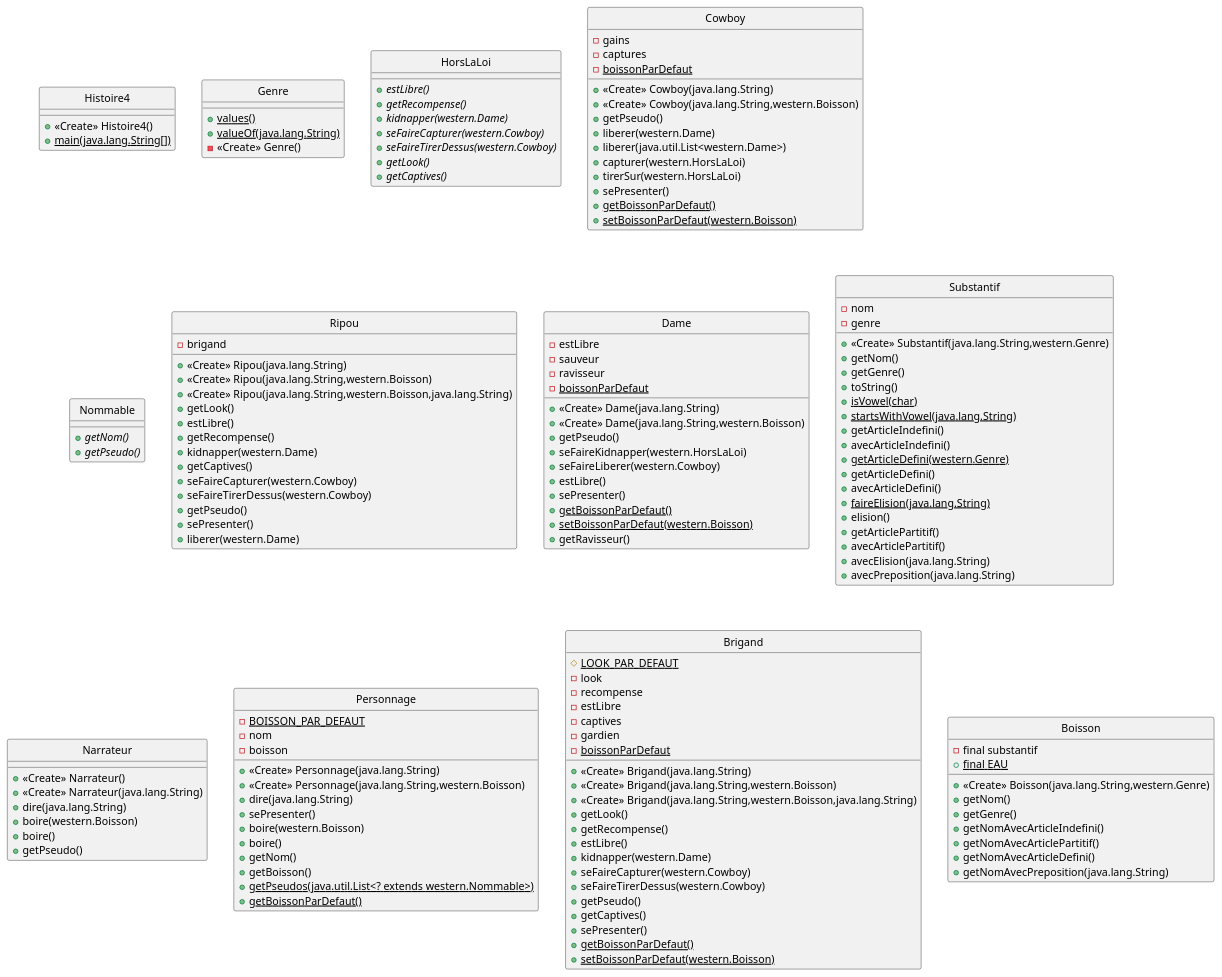
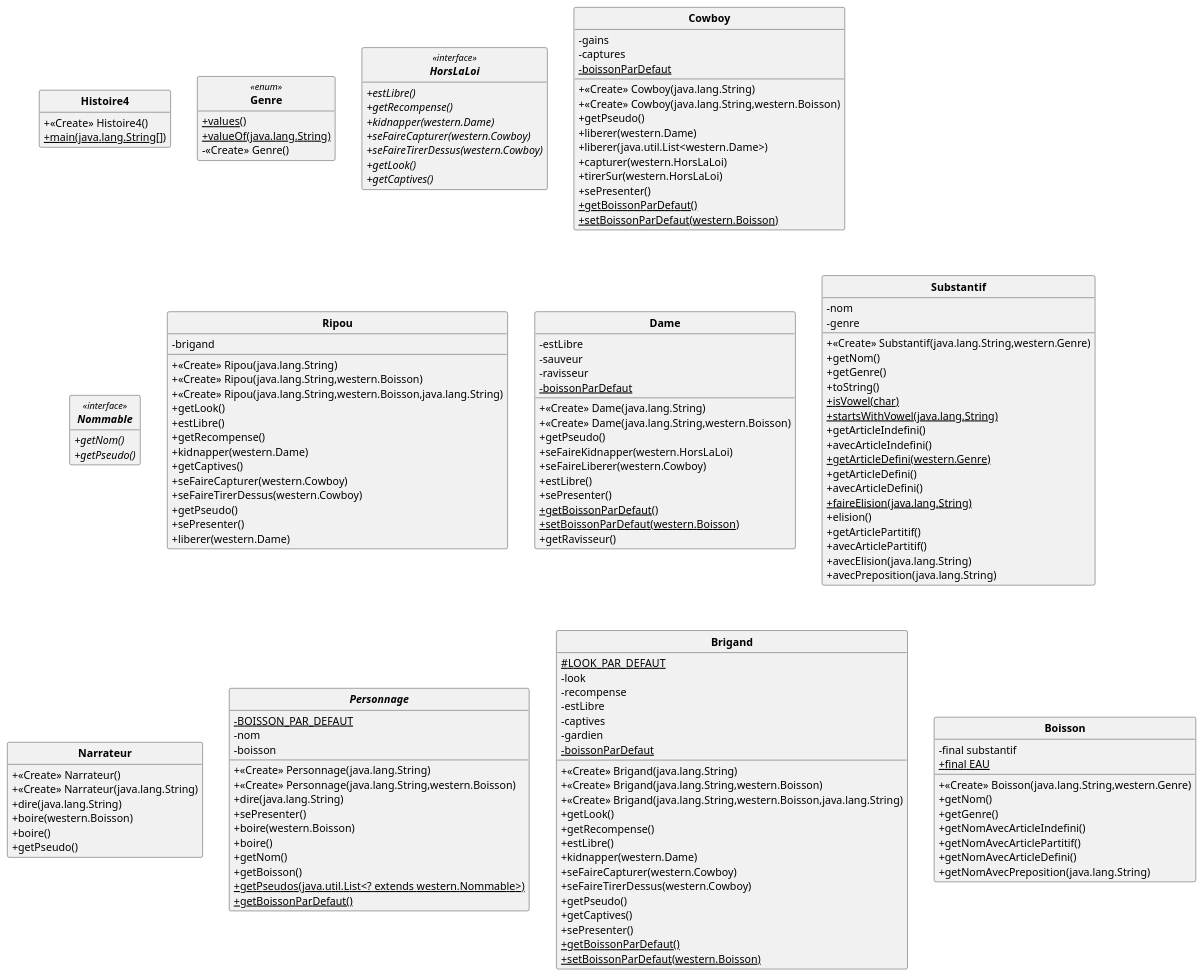
The diagram in western.puml (yassinkioua/Projet-PumlFromJava), drawn with PlantUML before and after one commit. The commit also changed 1 other file, not shown here.

```diff
--- a/western.puml
+++ b/western.puml
@@ -1,162 +1,166 @@
 @startuml
+'https://plantuml.com/class-diagram 
+skinparam classAttributeIconSize 0 
+skinparam classFontStyle Bold
 skinparam style strictuml
+hide empty members
 class Histoire4{ 
 + <<Create>> Histoire4()
 + {static} main(java.lang.String[])
 
  } 
-class Genre{ 
+enum Genre <<enum>> { 
 + {static} values()
 + {static} valueOf(java.lang.String)
 - <<Create>> Genre()
 
  } 
-class HorsLaLoi{ 
+interface HorsLaLoi <<interface>> { 
 + {abstract} estLibre()
 + {abstract} getRecompense()
 + {abstract} kidnapper(western.Dame)
 + {abstract} seFaireCapturer(western.Cowboy)
 + {abstract} seFaireTirerDessus(western.Cowboy)
 + {abstract} getLook()
 + {abstract} getCaptives()
 
  } 
 class Cowboy{ 
 - gains
 - captures
 + <<Create>> Cowboy(java.lang.String)
 + <<Create>> Cowboy(java.lang.String,western.Boisson)
 + getPseudo()
 + liberer(western.Dame)
 + liberer(java.util.List<western.Dame>)
 + capturer(western.HorsLaLoi)
 + tirerSur(western.HorsLaLoi)
 + sePresenter()
 - {static} boissonParDefaut
 + {static} getBoissonParDefaut()
 + {static} setBoissonParDefaut(western.Boisson)
 
  } 
-class Nommable{ 
+interface Nommable <<interface>> { 
 + {abstract} getNom()
 + {abstract} getPseudo()
 
  } 
 class Ripou{ 
 - brigand
 + <<Create>> Ripou(java.lang.String)
 + <<Create>> Ripou(java.lang.String,western.Boisson)
 + <<Create>> Ripou(java.lang.String,western.Boisson,java.lang.String)
 + getLook()
 + estLibre()
 + getRecompense()
 + kidnapper(western.Dame)
 + getCaptives()
 + seFaireCapturer(western.Cowboy)
 + seFaireTirerDessus(western.Cowboy)
 + getPseudo()
 + sePresenter()
 + liberer(western.Dame)
 
  } 
 class Dame{ 
 - estLibre
 - sauveur
 - ravisseur
 + <<Create>> Dame(java.lang.String)
 + <<Create>> Dame(java.lang.String,western.Boisson)
 + getPseudo()
 + seFaireKidnapper(western.HorsLaLoi)
 + seFaireLiberer(western.Cowboy)
 + estLibre()
 + sePresenter()
 - {static} boissonParDefaut
 + {static} getBoissonParDefaut()
 + {static} setBoissonParDefaut(western.Boisson)
 + getRavisseur()
 
  } 
 class Substantif{ 
 - nom
 - genre
 + <<Create>> Substantif(java.lang.String,western.Genre)
 + getNom()
 + getGenre()
 + toString()
 + {static} isVowel(char)
 + {static} startsWithVowel(java.lang.String)
 + getArticleIndefini()
 + avecArticleIndefini()
 + {static} getArticleDefini(western.Genre)
 + getArticleDefini()
 + avecArticleDefini()
 + {static} faireElision(java.lang.String)
 + elision()
 + getArticlePartitif()
 + avecArticlePartitif()
 + avecElision(java.lang.String)
 + avecPreposition(java.lang.String)
 
  } 
 class Narrateur{ 
 + <<Create>> Narrateur()
 + <<Create>> Narrateur(java.lang.String)
 + dire(java.lang.String)
 + boire(western.Boisson)
 + boire()
 + getPseudo()
 
  } 
-class Personnage{ 
+abstract class Personnage{ 
 - {static} BOISSON_PAR_DEFAUT
 - nom
 - boisson
 + <<Create>> Personnage(java.lang.String)
 + <<Create>> Personnage(java.lang.String,western.Boisson)
 + dire(java.lang.String)
 + sePresenter()
 + boire(western.Boisson)
 + boire()
 + getNom()
 + getBoisson()
 + {static} getPseudos(java.util.List<? extends western.Nommable>)
 + {static} getBoissonParDefaut()
 
  } 
 class Brigand{ 
 # {static} LOOK_PAR_DEFAUT
 - look
 - recompense
 - estLibre
 - captives
 - gardien
 + <<Create>> Brigand(java.lang.String)
 + <<Create>> Brigand(java.lang.String,western.Boisson)
 + <<Create>> Brigand(java.lang.String,western.Boisson,java.lang.String)
 + getLook()
 + getRecompense()
 + estLibre()
 + kidnapper(western.Dame)
 + seFaireCapturer(western.Cowboy)
 + seFaireTirerDessus(western.Cowboy)
 + getPseudo()
 + getCaptives()
 + sePresenter()
 - {static} boissonParDefaut
 + {static} getBoissonParDefaut()
 + {static} setBoissonParDefaut(western.Boisson)
 
  } 
 class Boisson{ 
 - final substantif
 + {static} final EAU
 + <<Create>> Boisson(java.lang.String,western.Genre)
 + getNom()
 + getGenre()
 + getNomAvecArticleIndefini()
 + getNomAvecArticlePartitif()
 + getNomAvecArticleDefini()
 + getNomAvecPreposition(java.lang.String)
 
  } 
 @enduml
```
